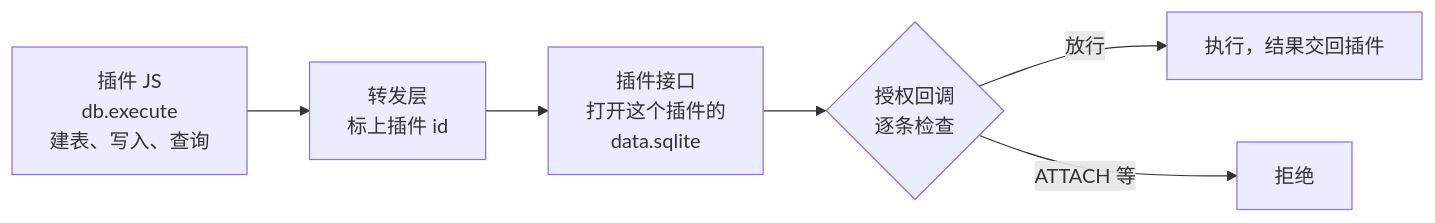
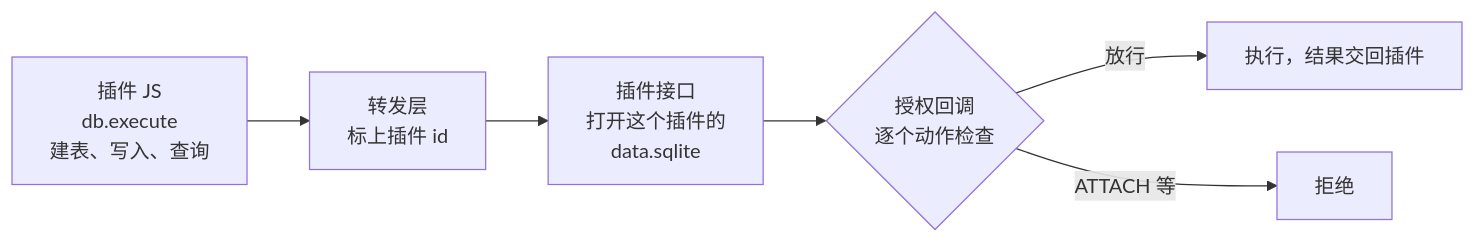
The second of 2 diagrams in docs/design/plugins/zh/data.md (Tomotsugu-dev/Hindsight), drawn with Mermaid before and after one commit. The commit also changed other lines of this file and 9 other files, not shown here.

````diff
--- a/docs/design/plugins/zh/data.md
+++ b/docs/design/plugins/zh/data.md
@@ -46,6 +48,6 @@
 ```mermaid
 flowchart LR
-  P["插件 JS<br/>db.execute<br/>建表、写入、查询"] --> B["转发层<br/>标上插件 id"] --> A["插件接口<br/>打开这个插件的<br/>data.sqlite"] --> C{"授权回调<br/>逐条检查"}
+  P["插件 JS<br/>db.execute<br/>建表、写入、查询"] --> B["转发层<br/>标上插件 id"] --> A["插件接口<br/>打开这个插件的<br/>data.sqlite"] --> C{"授权回调<br/>逐个动作检查"}
   C -->|"放行"| OK["执行，结果交回插件"]
   C -->|"ATTACH 等"| X["拒绝"]
 ```
````
